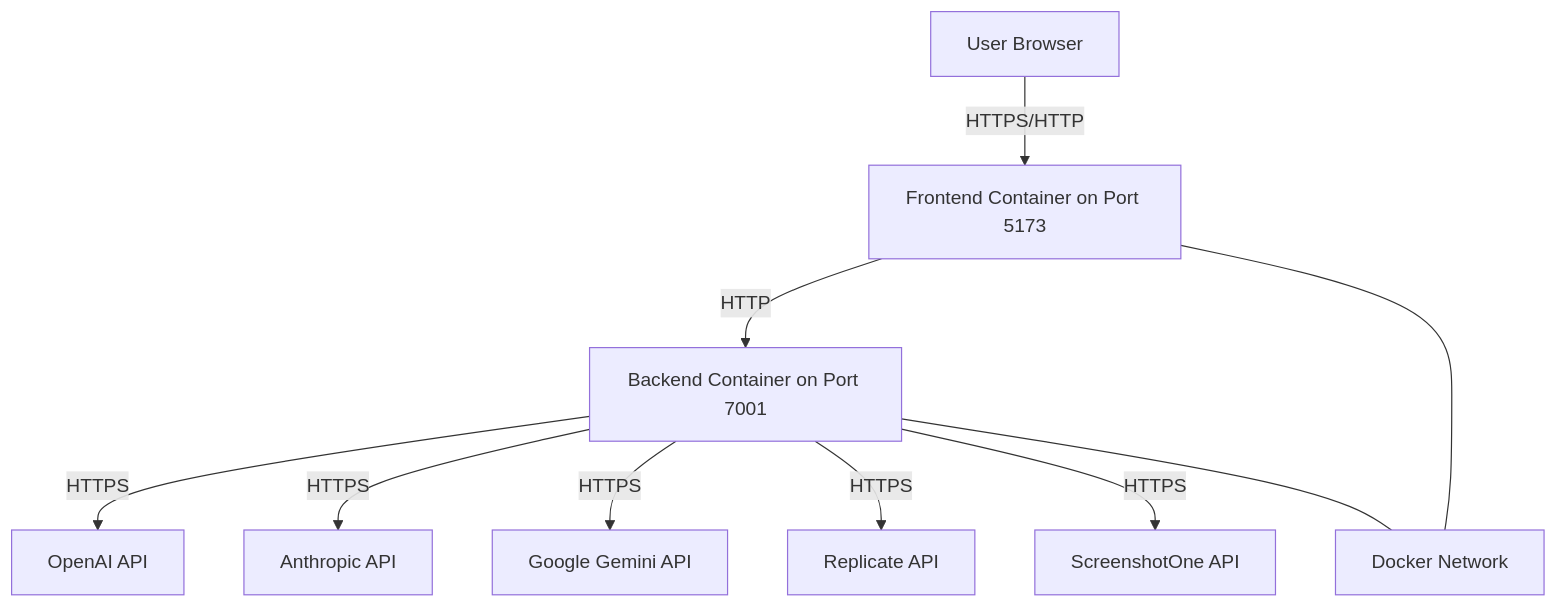
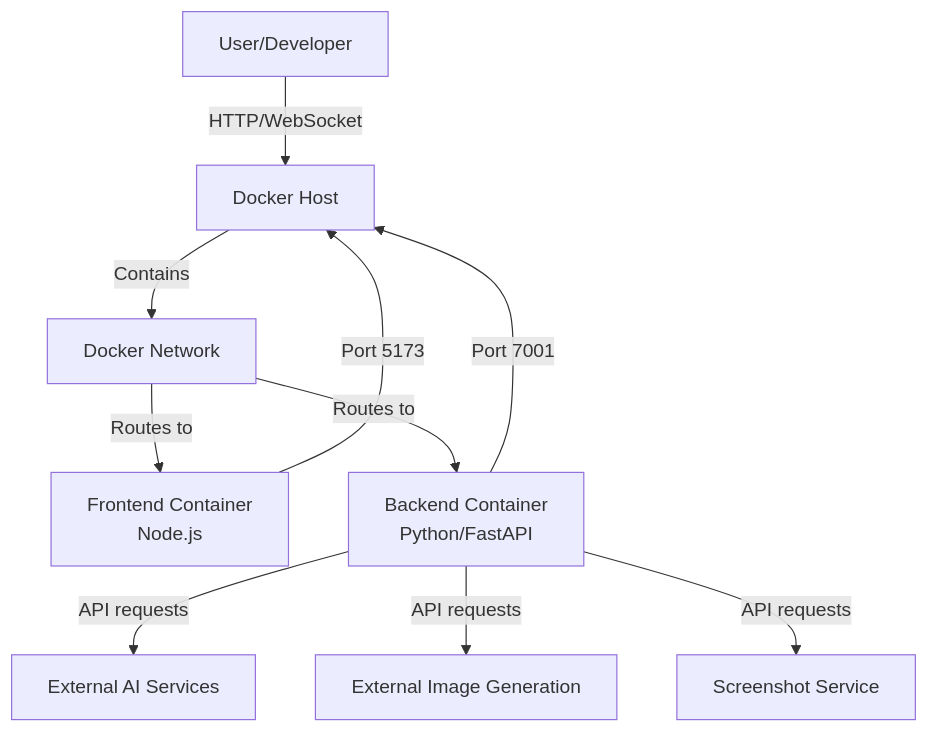
One commit to xvnpw/ai-security-analyzer changed the third of 4 diagrams in examples/dir-sec-design-screenshot-to-code-anthropicclaude-3.7-sonnetthinking.md. Above: the diagram before and after it, drawn with Mermaid. The commit also changed other lines of this file and 30 other files, not shown here.

````diff
--- a/examples/dir-sec-design-screenshot-to-code-anthropicclaude-3.7-sonnetthinking.md
+++ b/examples/dir-sec-design-screenshot-to-code-anthropicclaude-3.7-sonnetthinking.md
@@ -151,23 +138,12 @@
 ```mermaid
 graph TD
-    User[User Browser]
-    FrontEnd[Frontend Container on Port 5173]
-    BackEnd[Backend Container on Port 7001]
-    DockerNet[Docker Network]
-    OAI[OpenAI API]
-    ANTH[Anthropic API]
-    GEM[Google Gemini API]
-    REP[Replicate API]
-    SCRSHOT[ScreenshotOne API]
-
-    User -->|HTTPS/HTTP| FrontEnd
-    FrontEnd -->|HTTP| BackEnd
-    BackEnd -->|HTTPS| OAI
-    BackEnd -->|HTTPS| ANTH
-    BackEnd -->|HTTPS| GEM
-    BackEnd -->|HTTPS| REP
-    BackEnd -->|HTTPS| SCRSHOT
-
-    FrontEnd --- DockerNet
-    BackEnd --- DockerNet
+    User[User/Developer] --> |HTTP/WebSocket| DockerHost[Docker Host]
+    DockerHost --> |Contains| DockerNetwork[Docker Network]
+    DockerNetwork --> |Routes to| FrontendContainer[Frontend Container\nNode.js]
+    DockerNetwork --> |Routes to| BackendContainer[Backend Container\nPython/FastAPI]
+    BackendContainer --> |API requests| ExternalAI[External AI Services]
+    BackendContainer --> |API requests| ExternalImageGen[External Image Generation]
+    BackendContainer --> |API requests| ScreenshotAPI[Screenshot Service]
+    FrontendContainer --> |Port 5173| DockerHost
+    BackendContainer --> |Port 7001| DockerHost
 ```
````
